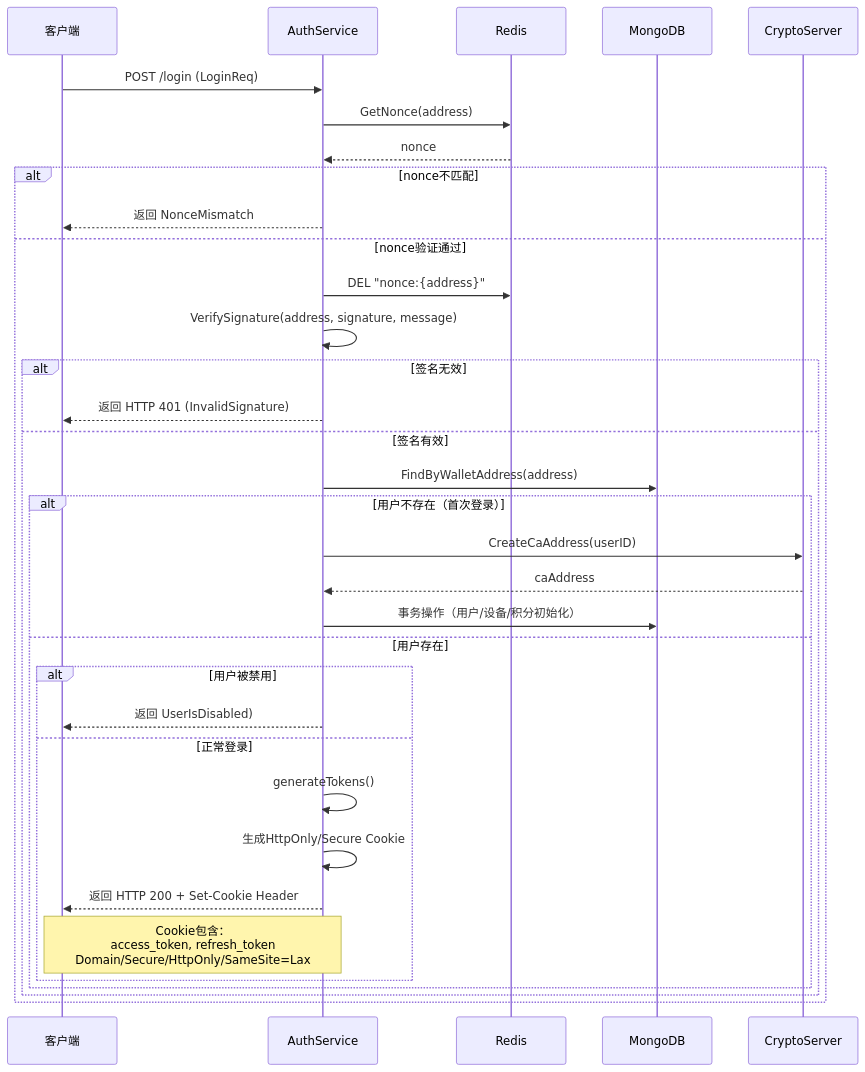
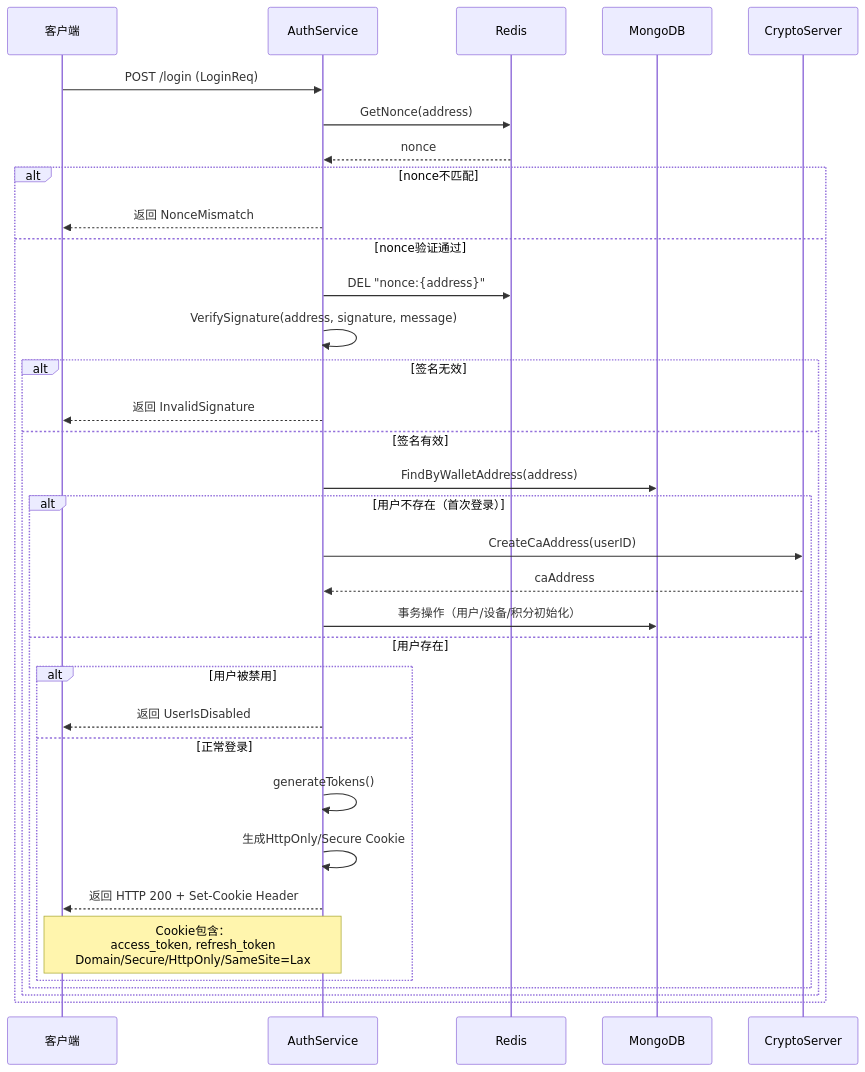
Before and after one commit to yingjianzh/iodraw-files: the diagram in all/未命名-2.md, drawn with Mermaid.

Commit message:
2025-09-09 11:32:30 update

````diff
--- a/all/未命名-2.md
+++ b/all/未命名-2.md
@@ -1,37 +1,37 @@
 ```mermaid
 sequenceDiagram
     participant Client as 客户端
     participant AuthService as AuthService
     participant Redis as Redis
     participant MongoDB as MongoDB
     participant CryptoServer as CryptoServer
 
     Client->>AuthService: POST /login (LoginReq)
     AuthService->>Redis: GetNonce(address)
     Redis-->>AuthService: nonce
     alt nonce不匹配
         AuthService-->>Client: 返回 NonceMismatch 
     else nonce验证通过
         AuthService->>Redis: DEL "nonce:{address}" 
         AuthService->>AuthService: VerifySignature(address, signature, message)
         alt 签名无效
-            AuthService-->>Client: 返回 HTTP 401 (InvalidSignature)
+            AuthService-->>Client: 返回 InvalidSignature
         else 签名有效
             AuthService->>MongoDB: FindByWalletAddress(address)
             alt 用户不存在（首次登录）
                 AuthService->>CryptoServer: CreateCaAddress(userID)
                 CryptoServer-->>AuthService: caAddress
                 AuthService->>MongoDB: 事务操作（用户/设备/积分初始化）
             else 用户存在
                 alt 用户被禁用
-                    AuthService-->>Client: 返回 UserIsDisabled)
+                    AuthService-->>Client: 返回 UserIsDisabled 
                 else 正常登录
                     AuthService->>AuthService: generateTokens()
                     AuthService->>AuthService: 生成HttpOnly/Secure Cookie
                     AuthService-->>Client: 返回 HTTP 200 + Set-Cookie Header
                     Note over Client,AuthService: Cookie包含：<br>access_token, refresh_token<br>Domain/Secure/HttpOnly/SameSite=Lax
                 end
             end
         end
     end
 ```
````
